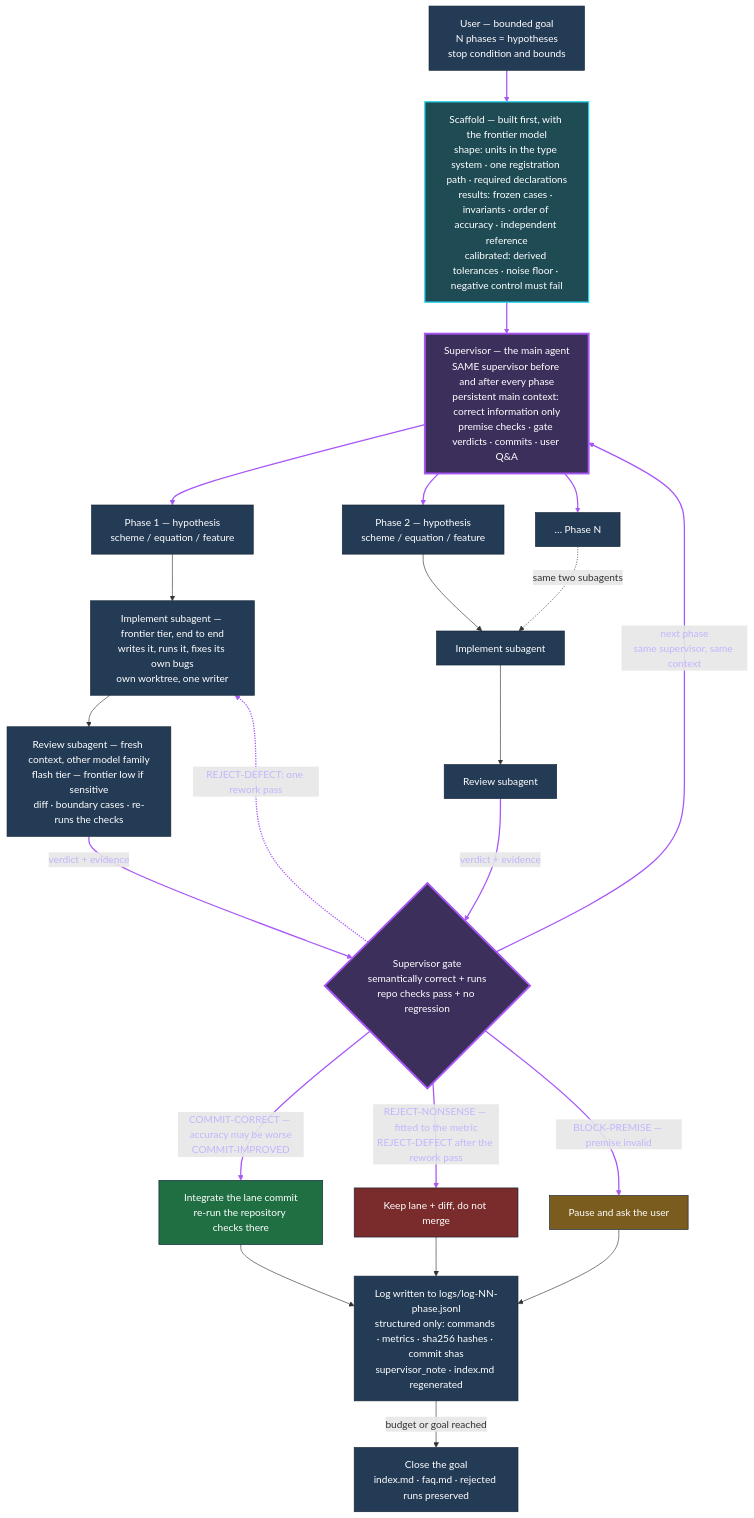
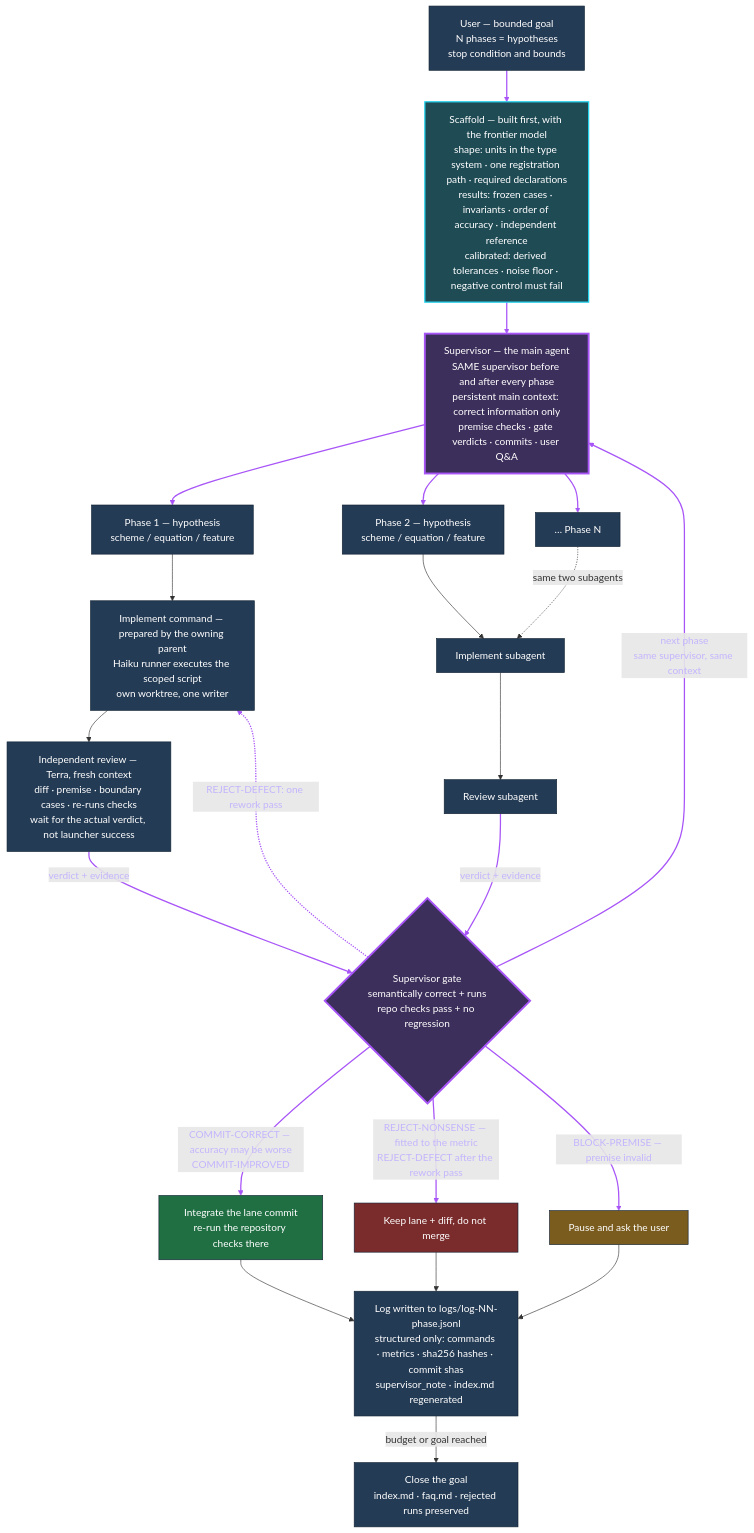
The second of 7 diagrams in pi/.pi/agent/skills/simulation-improvement-loop/references/flow.md (vaaldy/dotfiles), drawn with Mermaid before and after one commit. The commit also changed other lines of this file and 2 other files, not shown here.

````diff
--- a/pi/.pi/agent/skills/simulation-improvement-loop/references/flow.md
+++ b/pi/.pi/agent/skills/simulation-improvement-loop/references/flow.md
@@ -68,48 +71,48 @@
 ```mermaid
 flowchart TD
     U["User — bounded goal<br/>N phases = hypotheses<br/>stop condition and bounds"]
     SC["Scaffold — built first, with the frontier model<br/>shape: units in the type system · one registration path · required declarations<br/>results: frozen cases · invariants · order of accuracy · independent reference<br/>calibrated: derived tolerances · noise floor · negative control must fail"]
     S["Supervisor — the main agent<br/>SAME supervisor before and after every phase<br/>persistent main context: correct information only<br/>premise checks · gate verdicts · commits · user Q&amp;A"]
 
     U --> SC
     SC --> S
     S --> P1["Phase 1 — hypothesis<br/>scheme / equation / feature"]
     S --> P2["Phase 2 — hypothesis<br/>scheme / equation / feature"]
     S --> PN["… Phase N"]
 
-    P1 --> I1["Implement subagent — frontier tier, end to end<br/>writes it, runs it, fixes its own bugs<br/>own worktree, one writer"]
-    I1 --> R1["Review subagent — fresh context, other model family<br/>flash tier — frontier low if sensitive<br/>diff · boundary cases · re-runs the checks"]
+    P1 --> I1["Implement command — prepared by the owning parent<br/>Haiku runner executes the scoped script<br/>own worktree, one writer"]
+    I1 --> R1["Independent review — Terra, fresh context<br/>diff · premise · boundary cases · re-runs checks<br/>wait for the actual verdict, not launcher success"]
     P2 --> I2["Implement subagent"]
     I2 --> R2["Review subagent"]
     PN -.->|"same two subagents"| I2
 
     R1 -->|"verdict + evidence"| G
     R2 -->|"verdict + evidence"| G
     G -.->|"REJECT-DEFECT: one rework pass"| I1
 
     G{"Supervisor gate<br/>semantically correct + runs<br/>repo checks pass + no regression"}
     G -->|"next phase<br/>same supervisor, same context"| S
     G -->|"COMMIT-CORRECT — accuracy may be worse<br/>COMMIT-IMPROVED"| C["Integrate the lane commit<br/>re-run the repository checks there"]
     G -->|"REJECT-NONSENSE — fitted to the metric<br/>REJECT-DEFECT after the rework pass"| X["Keep lane + diff, do not merge"]
     G -->|"BLOCK-PREMISE — premise invalid"| B["Pause and ask the user"]
     C --> LG["Log written to logs/log-NN-phase.jsonl<br/>structured only: commands · metrics · sha256 hashes · commit shas<br/>supervisor_note · index.md regenerated"]
     X --> LG
     B --> LG
     LG -->|"budget or goal reached"| Z["Close the goal<br/>index.md · faq.md · rejected runs preserved"]
 
     classDef supervisor fill:#3d2f5c,stroke:#a855f7,stroke-width:3px,color:#fff
     classDef scaffold fill:#1f4b55,stroke:#22d3ee,stroke-width:2px,color:#fff
     classDef commit fill:#1f6f43,stroke:#123,color:#fff
     classDef reject fill:#7a2b2b,stroke:#123,color:#fff
     classDef pause fill:#7a5c1f,stroke:#123,color:#fff
     classDef neutral fill:#243b55,stroke:#123,color:#fff
     class SC scaffold
     class S,G supervisor
     class C commit
     class X reject
     class B pause
     class U,P1,P2,PN,I1,R1,I2,R2,LG,Z neutral
     %% Purple edges = lines owned by the supervisor: scaffold handoff, dispatch, verdict return,
     %% rework, loop-back. Indices follow source order; keep in sync when edges change.
     linkStyle 0,1,2,3,4,10,11,12,13,14,15,16 stroke:#a855f7,stroke-width:2px,color:#c4b5fd
 ```
````
